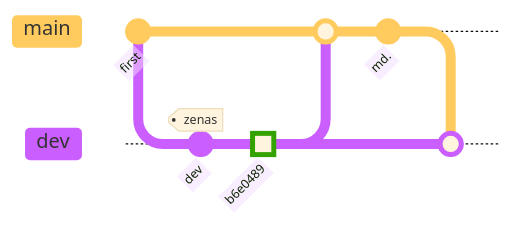
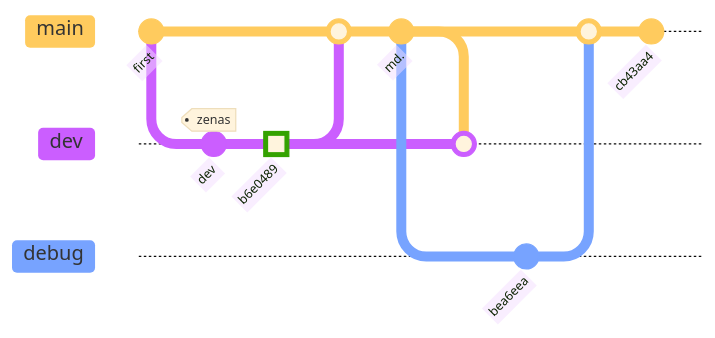
The diagram in README.md (reggiee76/Particles), drawn with Mermaid before and after one commit.

Commit message:
git branch track

````diff
--- a/README.md
+++ b/README.md
@@ -3,14 +3,21 @@
 ```mermaid
 %%{init: { 'logLevel': 'debug', 'theme': 'base' } }%%
 gitGraph
     commit id: "first"
     branch dev
     checkout dev
     commit id:"dev" tag:"zenas"
     commit id: "b6e0489" type:HIGHLIGHT
     checkout main
     merge dev
     commit id:"md." type:NORMAL
     checkout dev
     merge main
+    checkout main
+    branch debug
+    checkout debug
+    commit id: "bea6eea"
+    checkout main
+    merge debug
+    commit id: "cb43aa4"
 ```
````
